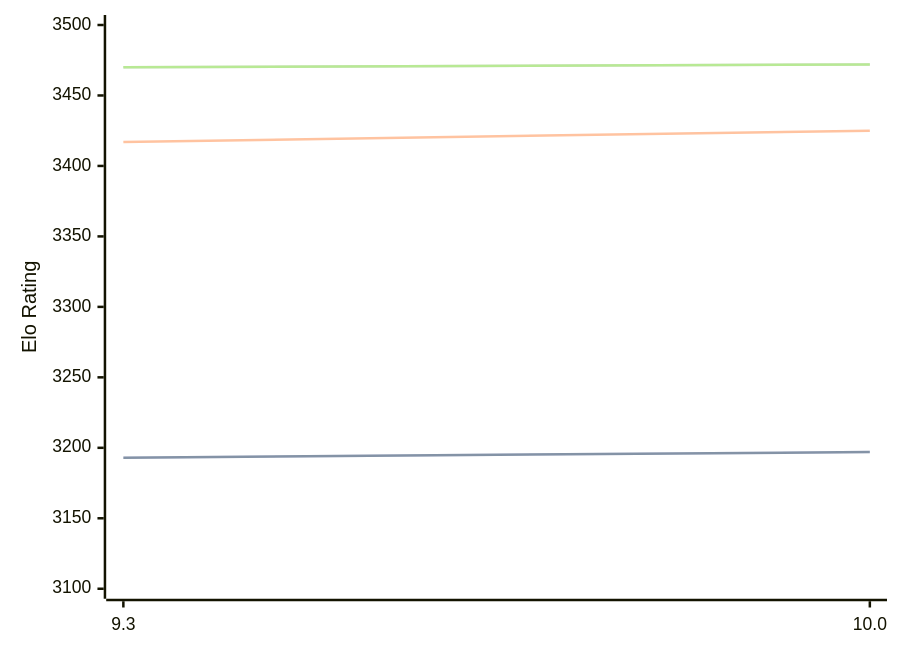
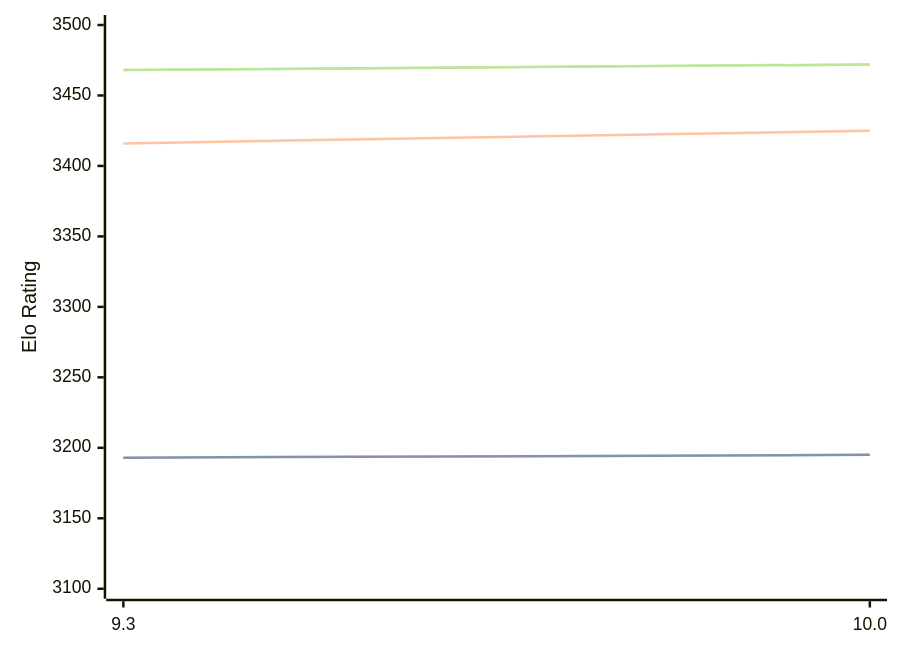
Before and after one commit to computer-chess-index/cci: the diagram in engines/Fire.md, drawn with Mermaid. The commit also changed other lines of this file, not shown here.

Commit message:
Update CCI Ratings (ELO VLTC) - 2026-02-28

````diff
--- a/engines/Fire.md
+++ b/engines/Fire.md
@@ -45,11 +45,11 @@
 ```mermaid
 %%{init: {"theme":"base","themeVariables":{"seriesColors:['#a3a3a3','#222221','#faa371']}}}%%
 xychart-beta
   x-axis ["9.3", "10.0"]
   y-axis "Elo Rating" 3100 --> 3500
-  line "STC (8.0+0.08s)" [3193, 3197]
-  line "STC (8.0+0.08s)" [3193, 3197]
-  line "LTC (60.0+0.60s)" [3417, 3425]
-  line "VLTC (2m24s+1.12s)" [3470, 3472]
-  line "VLTC (2m24s+1.12s)" [3470, 3472]
+  line "STC (8.0+0.08s)" [3193, 3195]
+  line "STC (8.0+0.08s)" [3193, 3195]
+  line "LTC (60.0+0.60s)" [3416, 3425]
+  line "VLTC (2m24s+1.12s)" [3468, 3472]
+  line "VLTC (2m24s+1.12s)" [3468, 3472]
 ```
````
